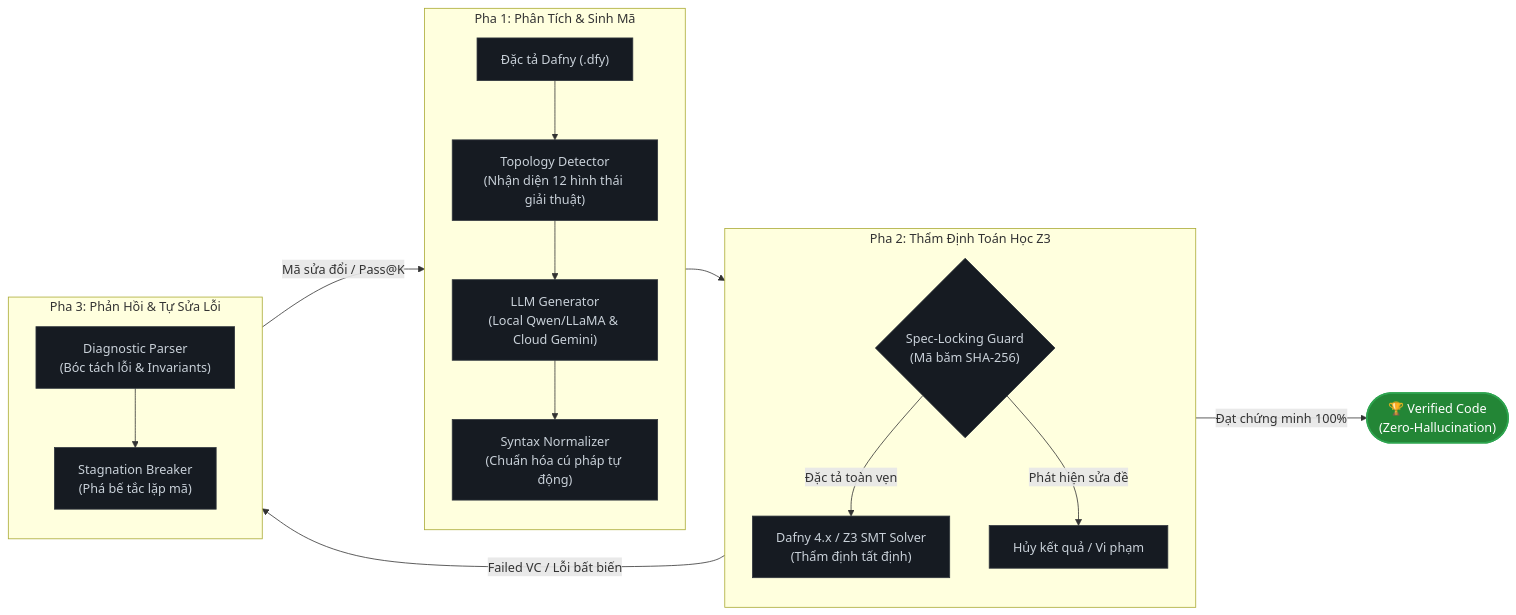
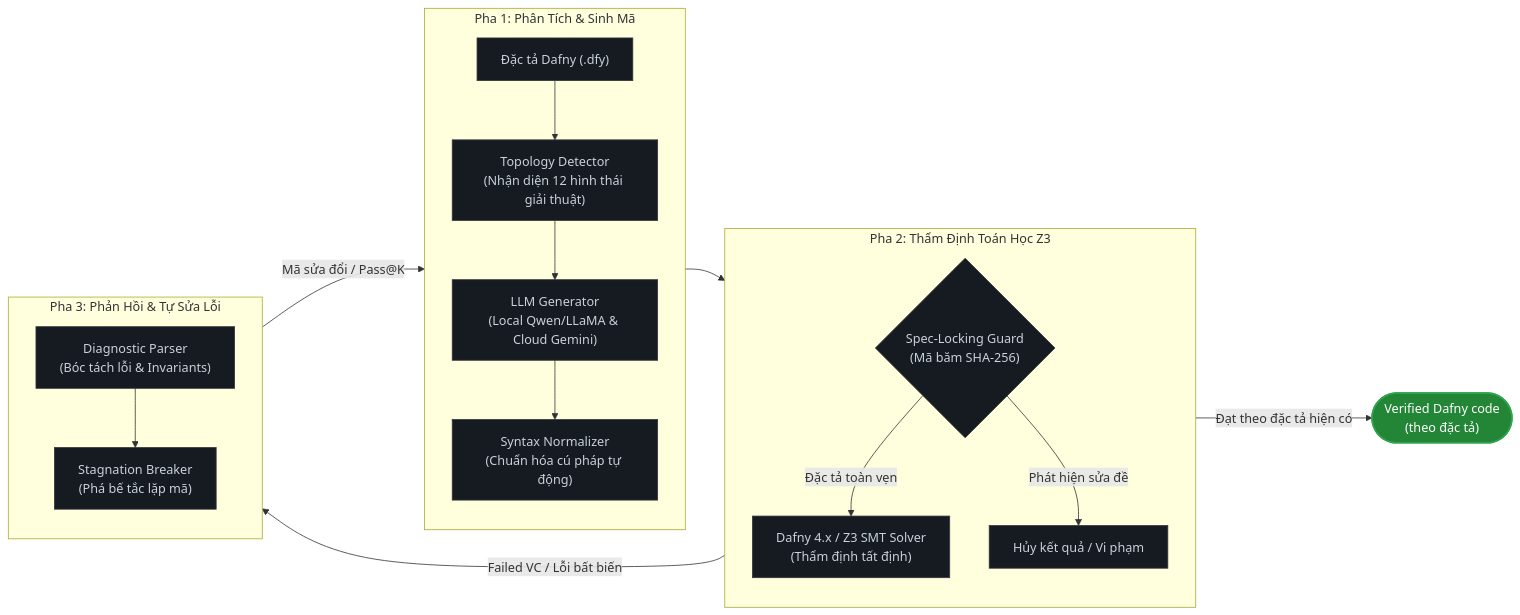
Before and after one commit to HipTran24/Formal_Verification-in-the-Loop: the diagram in README.md, drawn with Mermaid. The commit also changed other lines of this file and 50 other files, not shown here.

````diff
--- a/README.md
+++ b/README.md
@@ -20,32 +24,32 @@
 ```mermaid
 flowchart LR
     subgraph P1 ["Pha 1: Phân Tích & Sinh Mã"]
         direction TB
         A["Đặc tả Dafny (.dfy)"] --> B["Topology Detector<br/>(Nhận diện 12 hình thái giải thuật)"]
         B --> C["LLM Generator<br/>(Local Qwen/LLaMA & Cloud Gemini)"]
         C --> D["Syntax Normalizer<br/>(Chuẩn hóa cú pháp tự động)"]
     end
 
     subgraph P2 ["Pha 2: Thẩm Định Toán Học Z3"]
         direction TB
         E{"Spec-Locking Guard<br/>(Mã băm SHA-256)"}
         F["Dafny 4.x / Z3 SMT Solver<br/>(Thẩm định tất định)"]
         E -->|Đặc tả toàn vẹn| F
         E -->|Phát hiện sửa đề| X["Hủy kết quả / Vi phạm"]
     end
 
     subgraph P3 ["Pha 3: Phản Hồi & Tự Sửa Lỗi"]
         direction TB
         H["Diagnostic Parser<br/>(Bóc tách lỗi & Invariants)"]
         I["Stagnation Breaker<br/>(Phá bế tắc lặp mã)"]
         H --> I
     end
 
     D --> E
-    F -->|Đạt chứng minh 100%| G(["🏆 Verified Code<br/>(Zero-Hallucination)"]):::passStyle
+    F -->|Đạt theo đặc tả hiện có| G(["Verified Dafny code<br/>(theo đặc tả)"]):::passStyle
     F -->|Failed VC / Lỗi bất biến| H
     I -->|Mã sửa đổi / Pass@K| D
 
     classDef passStyle fill:#238636,stroke:#2ea44f,stroke-width:2px,color:#fff;
     classDef default fill:#161b22,stroke:#30363d,stroke-width:1px,color:#c9d1d9;
 ```
````
